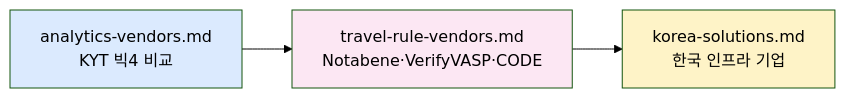
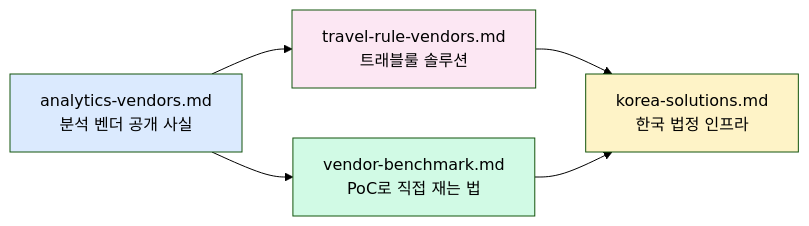
Before and after one commit to lala-david/aml-notes: the diagram in notes/7-vendors/README.md, drawn with Mermaid (forest theme). The commit also changed other lines of this file and 379 other files, not shown here.

First line of the commit message:
notes,kb,en,deep,charts: 2026-10-21 기준 정정 46건 반영 — 출처 없는 수치를 걷어내고 다이어그램을 다시 그림

````diff
--- a/notes/7-vendors/README.md
+++ b/notes/7-vendors/README.md
@@ -13,9 +13,11 @@
 ```mermaid
 flowchart LR
-    A[analytics-vendors.md<br/>KYT 빅4 비교] --> B[travel-rule-vendors.md<br/>Notabene·VerifyVASP·CODE]
-    B --> C[korea-solutions.md<br/>한국 인프라 기업]
-
+    A["analytics-vendors.md<br/>분석 벤더 공개 사실"] --> D["vendor-benchmark.md<br/>PoC로 직접 재는 법"]
+    A --> B["travel-rule-vendors.md<br/>트래블룰 솔루션"]
+    B --> C["korea-solutions.md<br/>한국 법정 인프라"]
+    D --> C
     style A fill:#dbeafe
     style B fill:#fce7f3
     style C fill:#fef3c7
+    style D fill:#d1fae5
 ```
````
